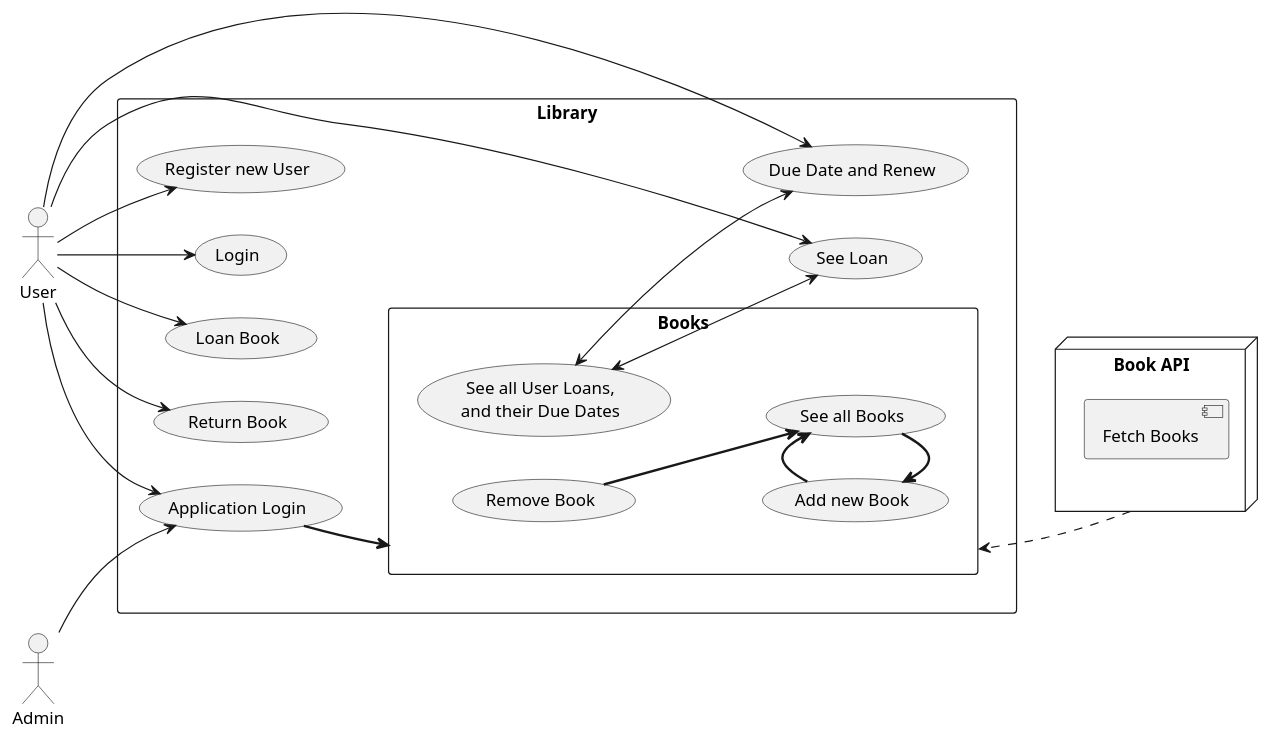
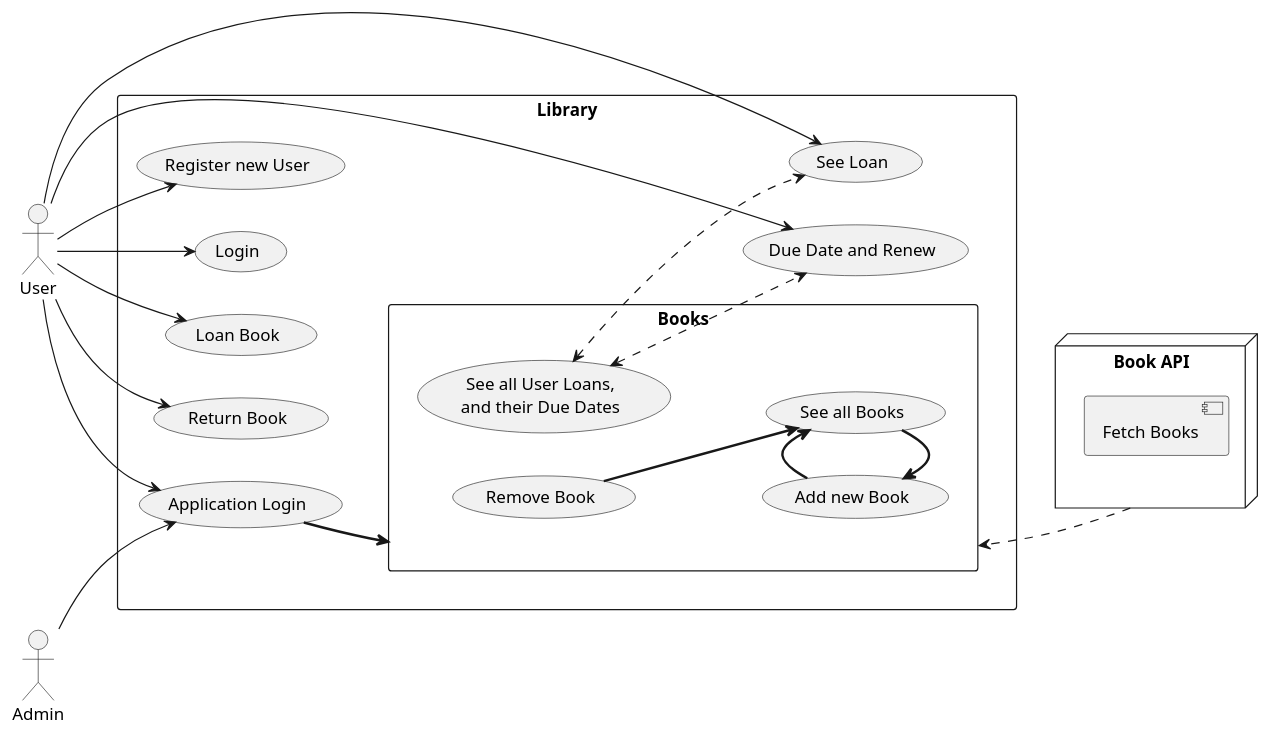
One commit to Ravnkilde1995/SemesterProjekt_3sem_backend changed the diagram in Use.puml. Above: the diagram before and after it, drawn with PlantUML. The commit also changed 4 other files, not shown here.

```diff
--- a/Use.puml
+++ b/Use.puml
@@ -1,59 +1,60 @@
 @startuml
 
 left to right direction
 skinparam packageStyle rectangle
 
 node "Book API" as BookAPI {
     [Fetch Books]
 }
 
 left to right direction
 
 rectangle Library {
 
 usecase UC0 as "Application Login"
 usecase UC1 as "Register new User"
 usecase UC2 as "Login"
 usecase UC3 as "Loan Book"
 usecase UC4 as "See Loan"
 usecase UC5 as "Return Book"
 usecase UC6 as "Due Date and Renew"
 
 rectangle Books {
         usecase UC7 as "See all User Loans,
         and their Due Dates"
         usecase UC8 as "See all Books"
         usecase UC9 as "Add new Book"
         usecase UC10 as "Remove Book"
         }
 }
 actor "User" as u
+
 u --> UC0
 u --> UC1
 u --> UC2
 u --> UC3
-u ---> UC4
+u --> UC4
 u --> UC5
-u ---> UC6
+u -> UC6
 
 actor "Admin" as a
 
 BookAPI ..> Books
 UC0 ==> Books
 a --> UC0
 
 a -[hidden]-> UC7
 a -[hidden]-> UC8
 a -[hidden]-> UC9
 a -[hidden]-> UC10
 
-UC7 <--> UC4
-UC7 <--> UC6
+UC7 <..> UC4
+UC7 <..> UC6
 UC8 =[hidden]= BookAPI
 UC9 <=r= UC8
 UC8 <=r= UC9
 UC10 ==> UC8
 
 
 
 @enduml
```
